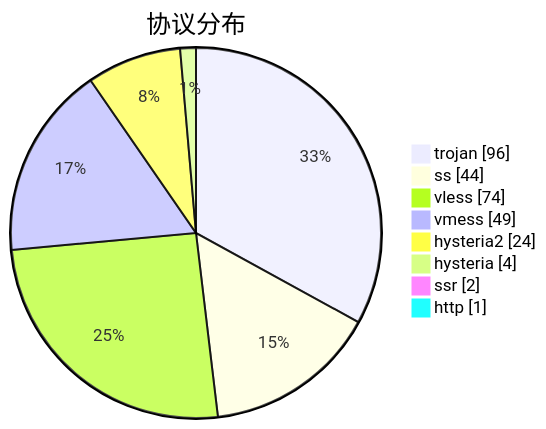
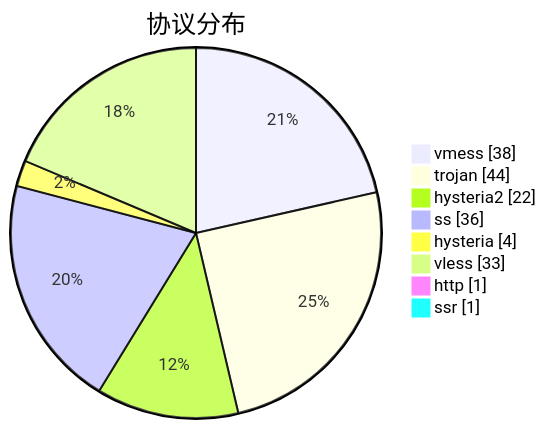
The third of 3 diagrams in subs/statistics/tested_within.md (sinspired/airport), drawn with Mermaid before and after one commit. The commit also changed other lines of this file and 2 other files, not shown here.

````diff
--- a/subs/statistics/tested_within.md
+++ b/subs/statistics/tested_within.md
@@ -39,12 +39,12 @@
 ```mermaid
 pie showData
 title 协议分布
-"trojan" : 96
-"ss" : 44
-"vless" : 74
-"vmess" : 49
-"hysteria2" : 24
+"vmess" : 38
+"trojan" : 44
+"hysteria2" : 22
+"ss" : 36
 "hysteria" : 4
-"ssr" : 2
+"vless" : 33
 "http" : 1
+"ssr" : 1
 ```
````
